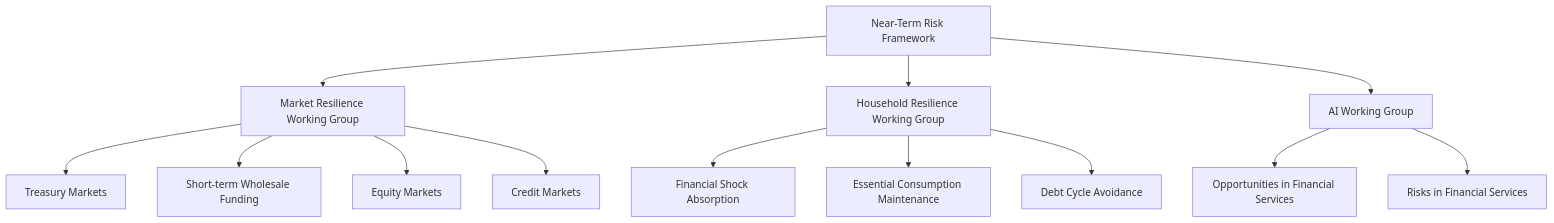
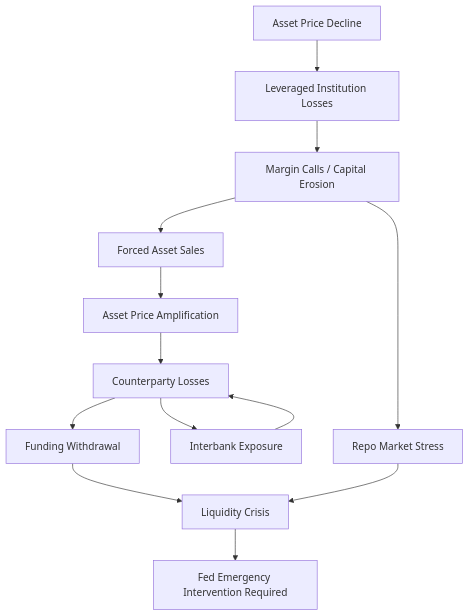
One commit to Saptarshie/DeepResearch changed the sixth of 7 diagrams in workspace/report-content.md. Above: the diagram before and after it, drawn with Mermaid. The commit also changed other lines of this file and 18 other files, not shown here.

Commit message:
fixing occational mermaid-breaking-dpwn problem

````diff
--- a/workspace/report-content.md
+++ b/workspace/report-content.md
@@ -574,15 +1228,17 @@
 ```mermaid
 flowchart TD
-    A[Near-Term Risk Framework] --> B[Market Resilience Working Group]
-    A --> C[Household Resilience Working Group]
-    A --> D[AI Working Group]
-    B --> B1[Treasury Markets]
-    B --> B2[Short-term Wholesale Funding]
-    B --> B3[Equity Markets]
-    B --> B4[Credit Markets]
-    C --> C1[Financial Shock Absorption]
-    C --> C2[Essential Consumption Maintenance]
-    C --> C3[Debt Cycle Avoidance]
-    D --> D1[Opportunities in Financial Services]
-    D --> D2[Risks in Financial Services]
+    A[Asset Price Decline] --> B[Leveraged Institution Losses]
+    B --> C[Margin Calls / Capital Erosion]
+    C --> D[Forced Asset Sales]
+    D --> E[Asset Price Amplification]
+    E --> F[Counterparty Losses]
+    F --> G[Funding Withdrawal]
+    G --> H[Liquidity Crisis]
+    H --> I[Fed Emergency Intervention Required]
+    
+    C --> J[Repo Market Stress]
+    J --> H
+    
+    F --> K[Interbank Exposure]
+    K --> F
 ```
````
